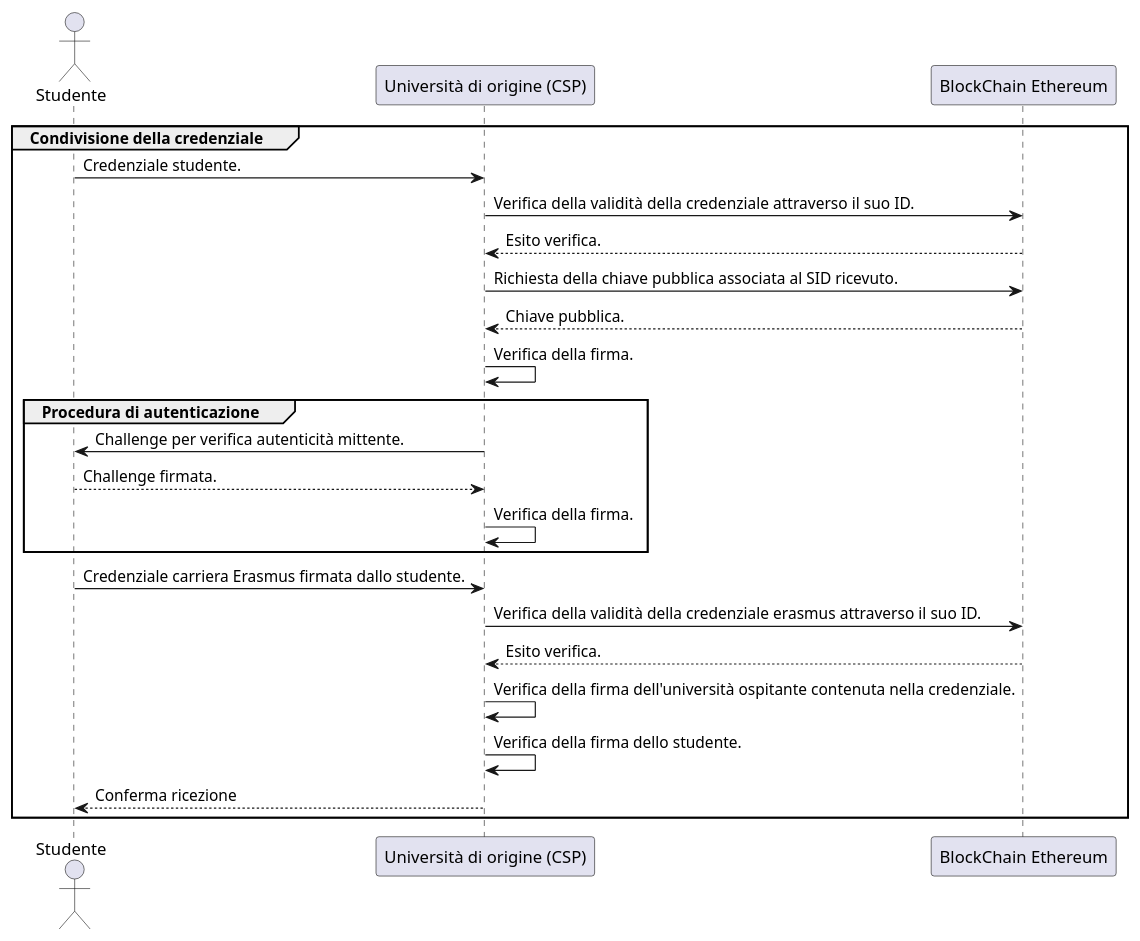
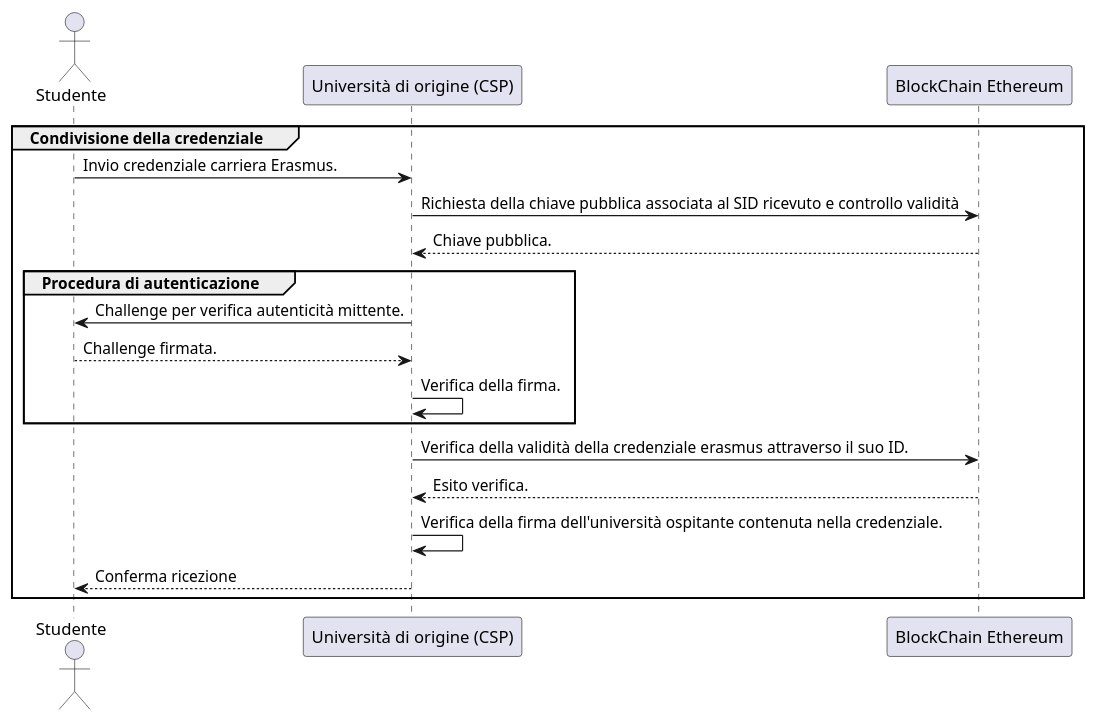
Before and after one commit to antocarbone/ProjectWorkAPS: the diagram in UML/CondivisioneDellaCredenzialeErasmus.puml, drawn with PlantUML.

Commit message:
modifica uml condivisione credenziale

```diff
--- a/UML/CondivisioneDellaCredenzialeErasmus.puml
+++ b/UML/CondivisioneDellaCredenzialeErasmus.puml
@@ -1,29 +1,26 @@
 @startuml Condivisione Credenziale Erasmus
     actor Studente as s
     participant "Università di origine (CSP)" as uorigin
     participant "BlockChain Ethereum" as ether
 
     group Condivisione della credenziale
-        s -> uorigin : Credenziale studente.
-        uorigin -> ether : Verifica della validità della credenziale attraverso il suo ID.
-        ether --> uorigin : Esito verifica.
+        s -> uorigin : Invio credenziale carriera Erasmus.
 
-        uorigin -> ether : Richiesta della chiave pubblica associata al SID ricevuto.
+        uorigin -> ether : Richiesta della chiave pubblica associata al SID ricevuto e controllo validità
         ether --> uorigin : Chiave pubblica.
-        uorigin -> uorigin : Verifica della firma.
+
 
         group Procedura di autenticazione
             uorigin -> s : Challenge per verifica autenticità mittente.
             s --> uorigin : Challenge firmata.
             uorigin -> uorigin : Verifica della firma.
         end
 
-        s -> uorigin : Credenziale carriera Erasmus firmata dallo studente.
+
         uorigin -> ether : Verifica della validità della credenziale erasmus attraverso il suo ID.
         ether --> uorigin : Esito verifica.
         uorigin -> uorigin : Verifica della firma dell'università ospitante contenuta nella credenziale.
-        uorigin -> uorigin : Verifica della firma dello studente.
 
         uorigin --> s : Conferma ricezione
     end
 @enduml
```
